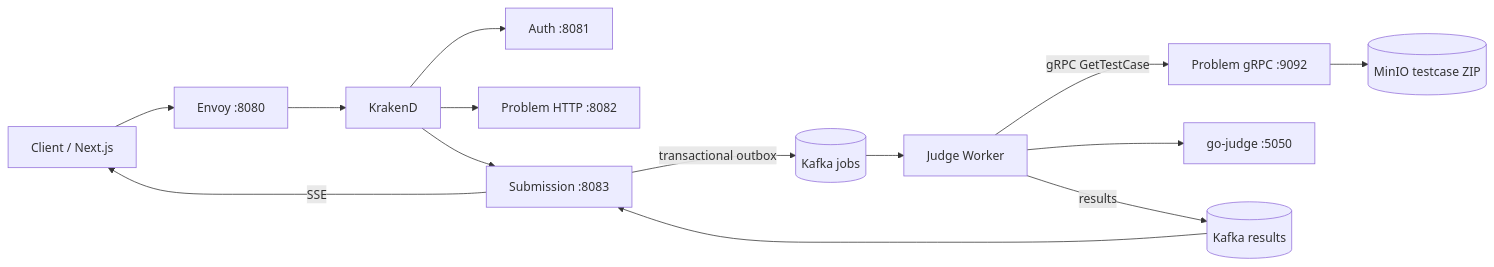
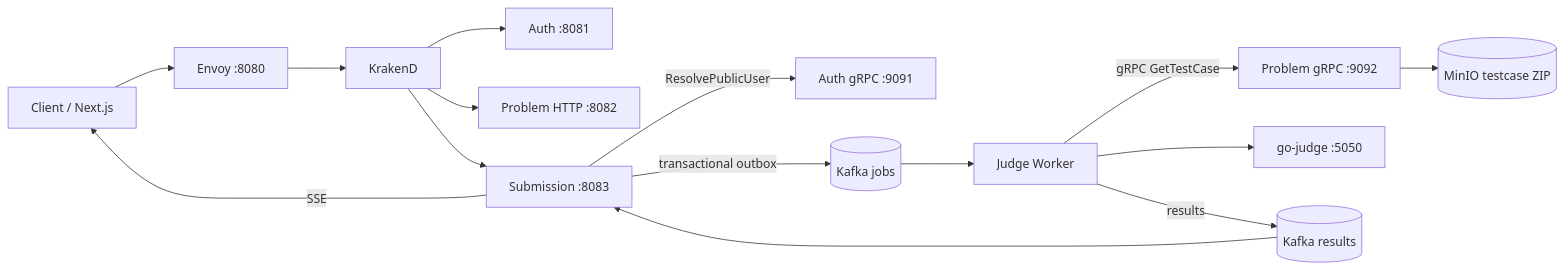
The diagram in docs/codebase/OVERVIEW.md (nvawntien/go-judge-system), drawn with Mermaid before and after one commit. The commit also changed other lines of this file and 58 other files, not shown here.

````diff
--- a/docs/codebase/OVERVIEW.md
+++ b/docs/codebase/OVERVIEW.md
@@ -30,16 +30,17 @@
 ```mermaid
 flowchart LR
   client[Client / Next.js] --> envoy[Envoy :8080]
   envoy --> gateway[KrakenD]
   gateway --> auth[Auth :8081]
   gateway --> problem[Problem HTTP :8082]
   gateway --> submission[Submission :8083]
+  submission -->|ResolvePublicUser| authgrpc[Auth gRPC :9091]
   submission -->|transactional outbox| jobs[(Kafka jobs)]
   jobs --> worker[Judge Worker]
   worker -->|gRPC GetTestCase| problemgrpc[Problem gRPC :9092]
   problemgrpc --> minio[(MinIO testcase ZIP)]
   worker --> sandbox[go-judge :5050]
   worker -->|results| results[(Kafka results)]
   results --> submission
   submission -->|SSE| client
 ```
````
